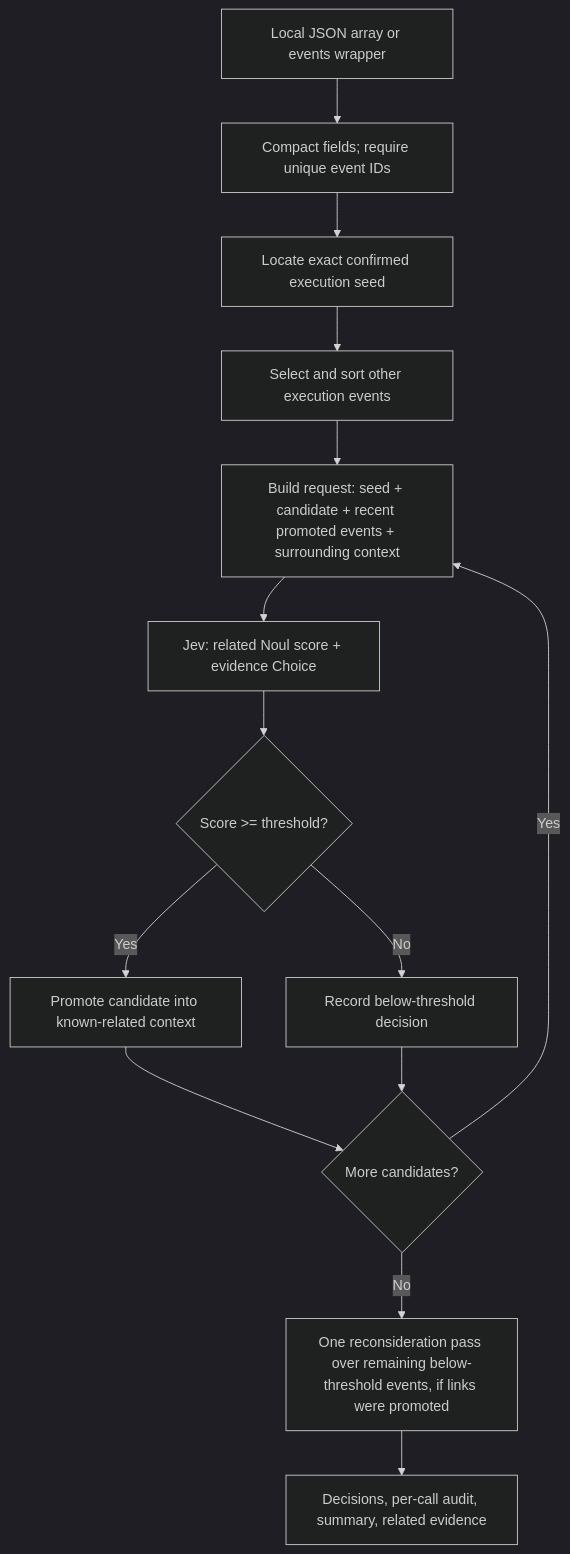
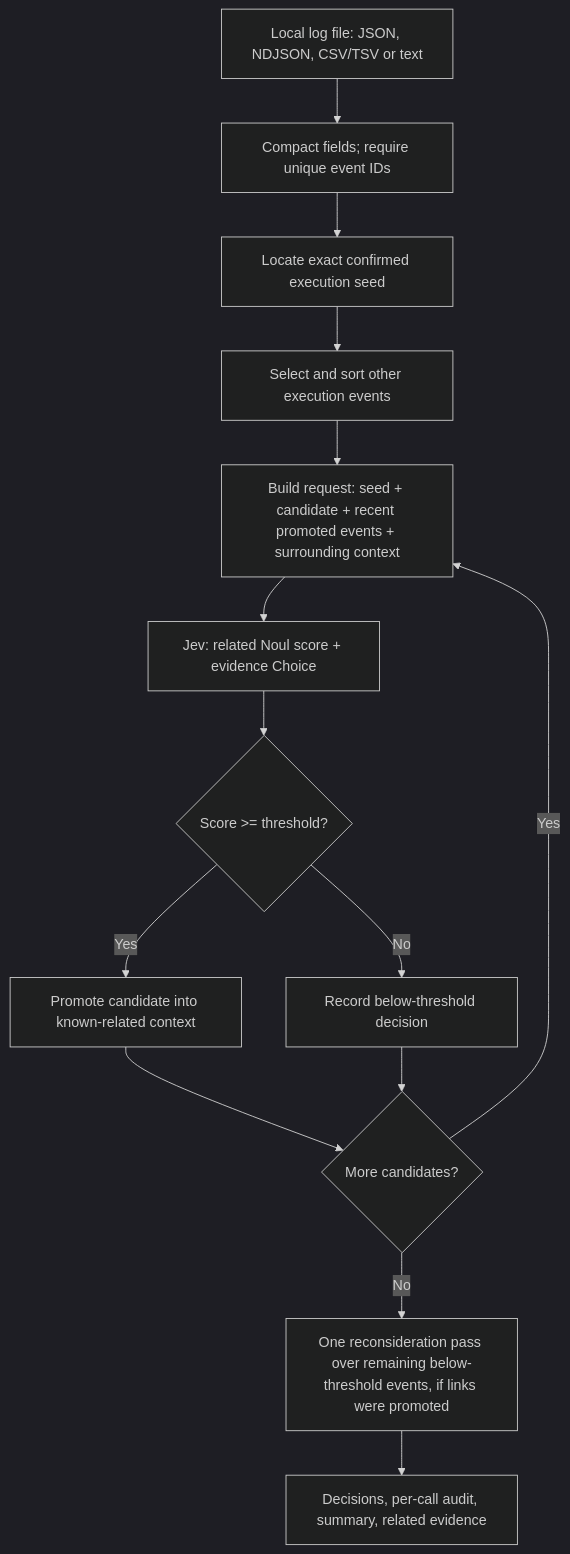
The first of 4 diagrams in ARCHITECTURE.md (tsale/jevline), drawn with Mermaid (dark theme) before and after one commit. The commit also changed other lines of this file and 24 other files, not shown here.

First line of the commit message:
Read JSON, NDJSON, CSV/TSV and plain-text logs in the original engine

````diff
--- a/ARCHITECTURE.md
+++ b/ARCHITECTURE.md
@@ -11,16 +11,16 @@
 ```mermaid
 flowchart TD
-    A[Local JSON array or events wrapper] --> B[Compact fields; require unique event IDs]
+    A[Local log file: JSON, NDJSON, CSV/TSV or text] --> B[Compact fields; require unique event IDs]
     B --> C[Locate exact confirmed execution seed]
     C --> D[Select and sort other execution events]
     D --> E[Build request: seed + candidate + recent promoted events + surrounding context]
     E --> F[Jev: related Noul score + evidence Choice]
     F --> G{Score >= threshold?}
     G -- Yes --> H[Promote candidate into known-related context]
     G -- No --> I[Record below-threshold decision]
     H --> J{More candidates?}
     I --> J
     J -- Yes --> E
     J -- No --> K[One reconsideration pass over remaining below-threshold events, if links were promoted]
     K --> L[Decisions, per-call audit, summary, related evidence]
 ```
````
